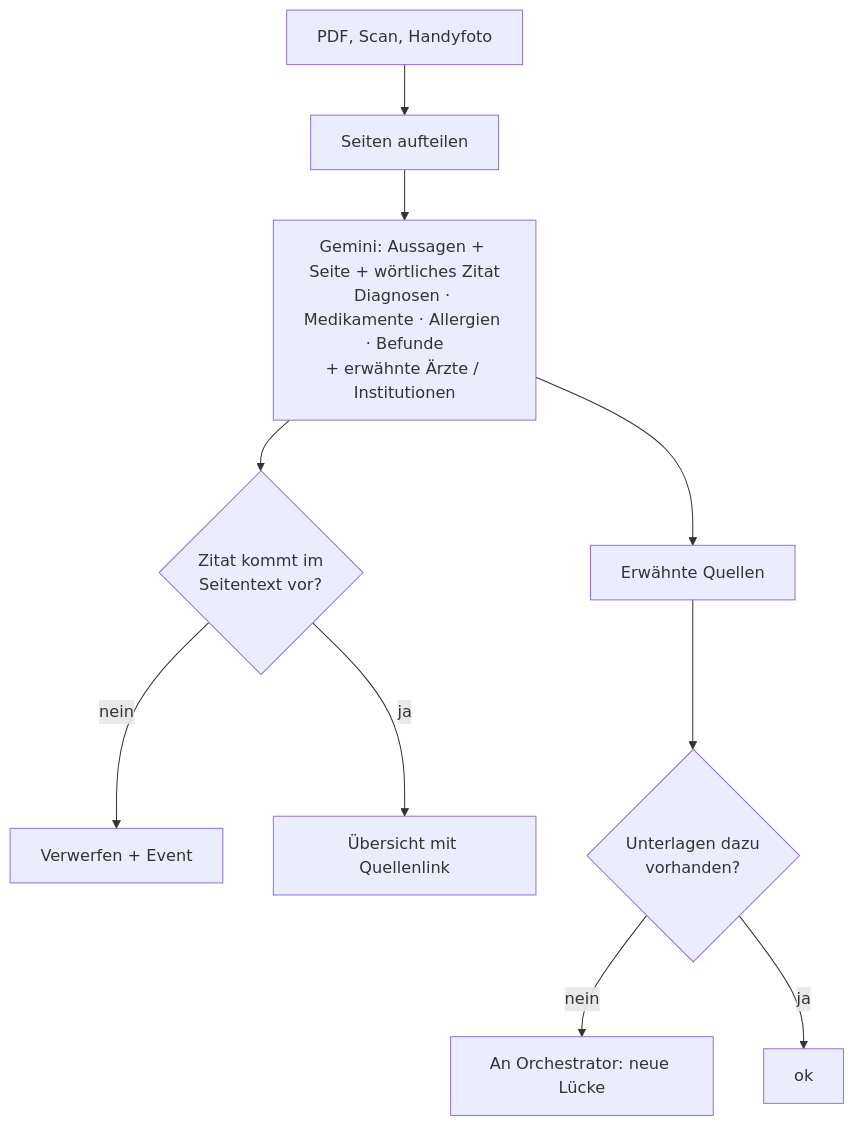
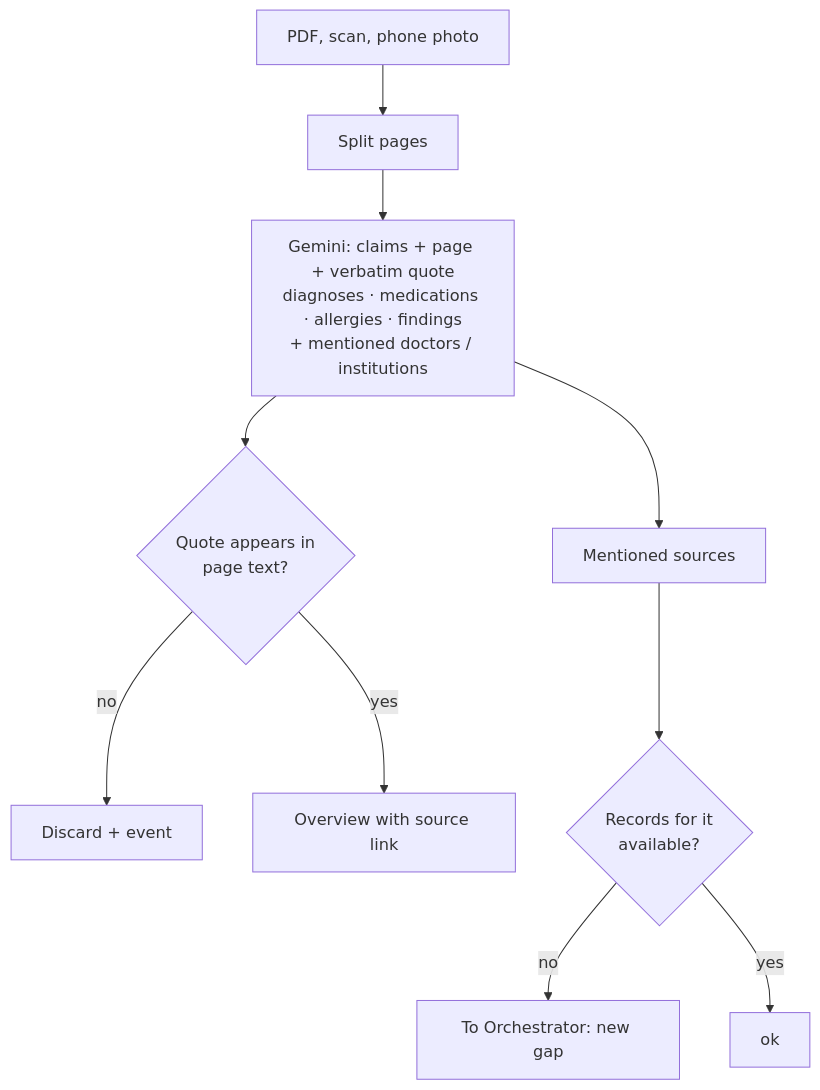
Before and after one commit to SuterGabriel/stafette: the sixth of 7 diagrams in docs/ARCHITECTURE.md, drawn with Mermaid. The commit also changed other lines of this file and 16 other files, not shown here.

First line of the commit message:
Docs: translate READMEs, docs and diagrams to English

````diff
--- a/docs/ARCHITECTURE.md
+++ b/docs/ARCHITECTURE.md
@@ -161,12 +161,12 @@
 ```mermaid
 flowchart TD
-    IN[PDF, Scan, Handyfoto] --> SPLIT[Seiten aufteilen]
-    SPLIT --> EXT[Gemini: Aussagen + Seite + wörtliches Zitat<br/>Diagnosen · Medikamente · Allergien · Befunde<br/>+ erwähnte Ärzte / Institutionen]
-    EXT --> CHECK{Zitat kommt im<br/>Seitentext vor?}
-    CHECK -->|nein| DROP[Verwerfen + Event]
-    CHECK -->|ja| OUT[Übersicht mit Quellenlink]
-    EXT --> MEN[Erwähnte Quellen]
-    MEN --> GAP{Unterlagen dazu<br/>vorhanden?}
-    GAP -->|nein| ORC[An Orchestrator: neue Lücke]
-    GAP -->|ja| OK[ok]
+    IN["PDF, scan, phone photo"] --> SPLIT[Split pages]
+    SPLIT --> EXT["Gemini: claims + page + verbatim quote<br/>diagnoses · medications · allergies · findings<br/>+ mentioned doctors / institutions"]
+    EXT --> CHECK{"Quote appears in<br/>page text?"}
+    CHECK -->|no| DROP["Discard + event"]
+    CHECK -->|yes| OUT[Overview with source link]
+    EXT --> MEN[Mentioned sources]
+    MEN --> GAP{"Records for it<br/>available?"}
+    GAP -->|no| ORC["To Orchestrator: new gap"]
+    GAP -->|yes| OK[ok]
 ```
````
